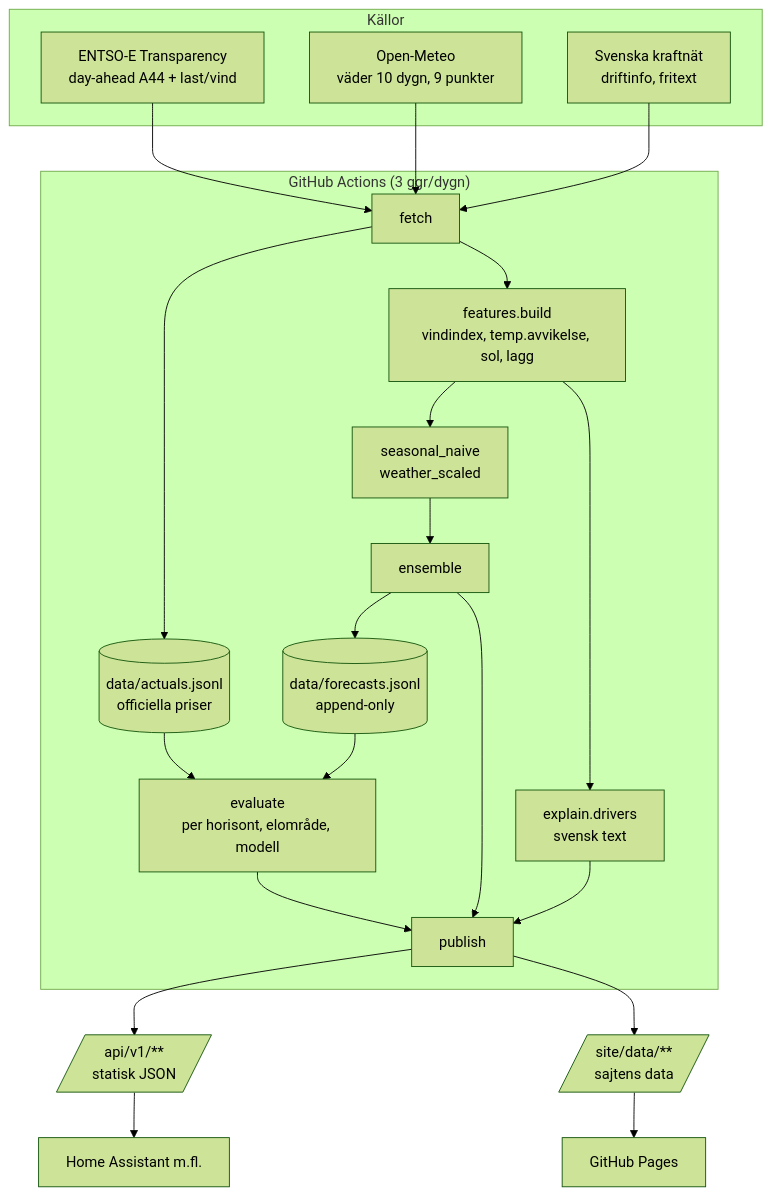
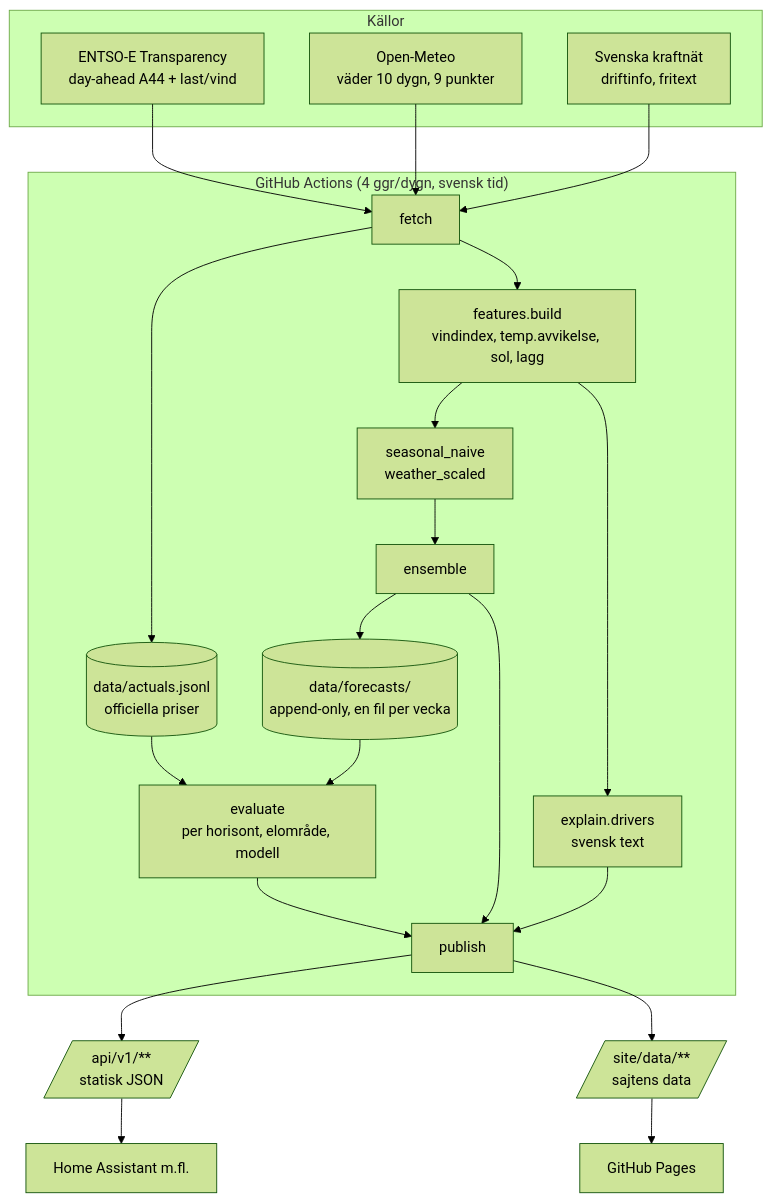
The diagram in README.md (hakannormark/power-price-oracle), drawn with Mermaid (forest theme) before and after one commit. The commit also changed other lines of this file and 16 other files, not shown here.

````diff
--- a/README.md
+++ b/README.md
@@ -25,31 +25,31 @@
 ```mermaid
 flowchart TD
     subgraph Källor
         E[ENTSO-E Transparency<br/>day-ahead A44 + last/vind]
         O[Open-Meteo<br/>väder 10 dygn, 9 punkter]
         S[Svenska kraftnät<br/>driftinfo, fritext]
     end
 
-    subgraph "GitHub Actions (3 ggr/dygn)"
+    subgraph "GitHub Actions (4 ggr/dygn, svensk tid)"
         F[fetch] --> A[(data/actuals.jsonl<br/>officiella priser)]
         F --> B[features.build<br/>vindindex, temp.avvikelse, sol, lagg]
         B --> M[seasonal_naive<br/>weather_scaled]
         M --> N[ensemble]
-        N --> P[(data/forecasts.jsonl<br/>append-only)]
+        N --> P[(data/forecasts/<br/>append-only, en fil per vecka)]
         A --> V[evaluate<br/>per horisont, elområde, modell]
         P --> V
         B --> D[explain.drivers<br/>svensk text]
         V --> W[publish]
         N --> W
         D --> W
     end
 
     E --> F
     O --> F
     S --> F
 
     W --> API[/api/v1/**<br/>statisk JSON/]
     W --> SITE[/site/data/**<br/>sajtens data/]
     API --> HA[Home Assistant m.fl.]
     SITE --> GH[GitHub Pages]
 ```
````
